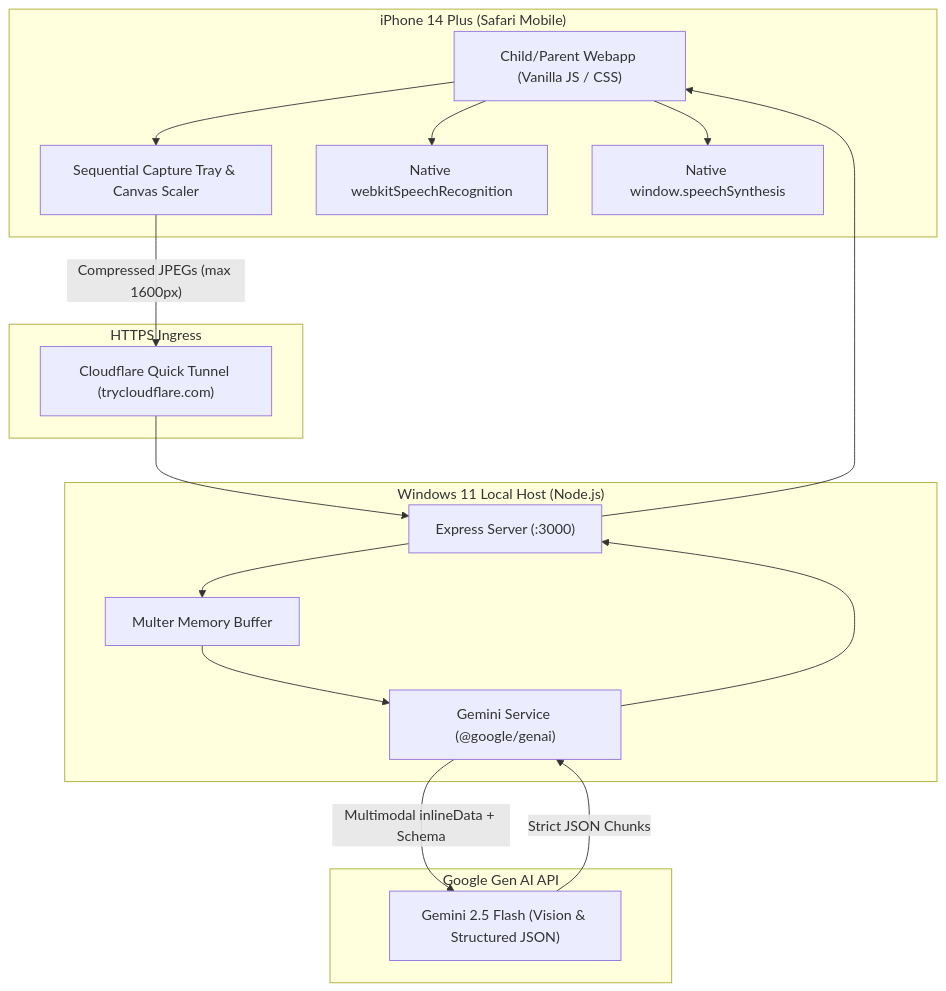
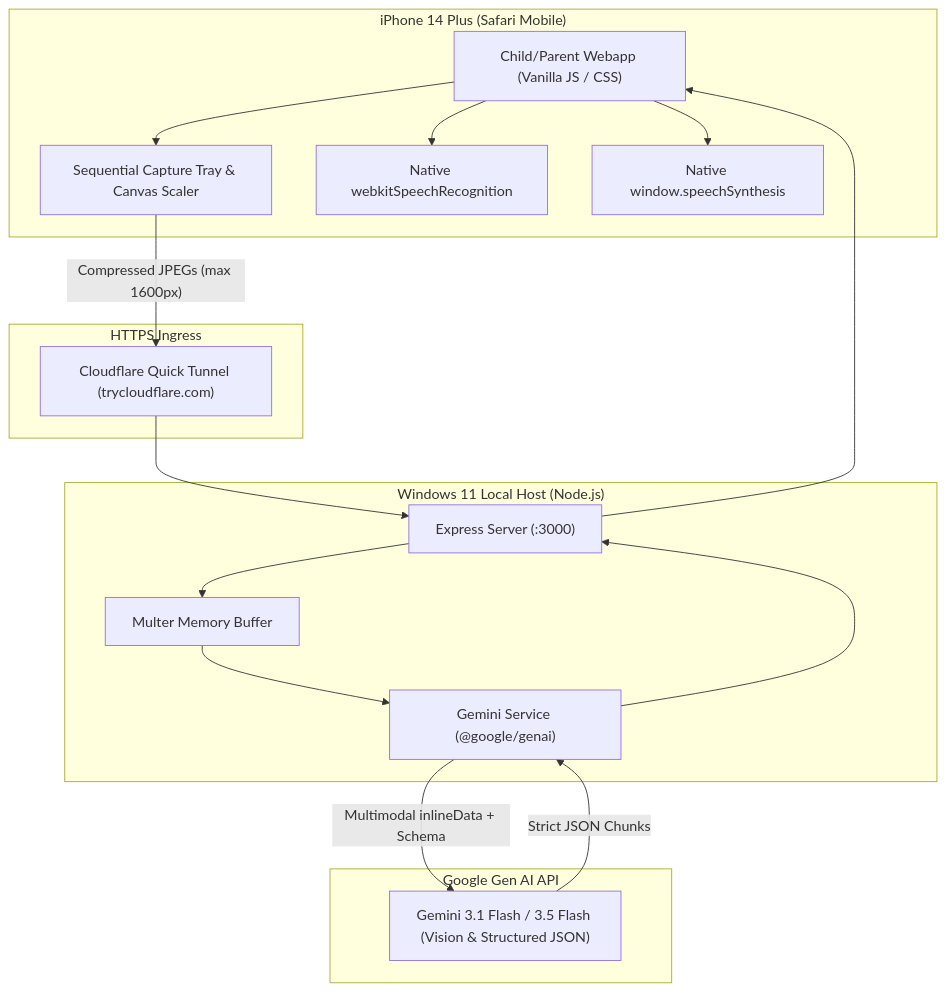
Before and after one commit to kentch2013/StoryReader: the first of 2 diagrams in architecture.md, drawn with Mermaid. The commit also changed other lines of this file and 1 other file, not shown here.

Commit message:
docs: configure Gemini 3.1 Flash / 3.5 Flash model targets

````diff
--- a/architecture.md
+++ b/architecture.md
@@ -12,35 +12,35 @@
 ```mermaid
 graph TD
     subgraph Client ["iPhone 14 Plus (Safari Mobile)"]
         UI["Child/Parent Webapp (Vanilla JS / CSS)"]
         CAM["Sequential Capture Tray & Canvas Scaler"]
         STT["Native webkitSpeechRecognition"]
         TTS["Native window.speechSynthesis"]
     end
 
     subgraph Tunnel ["HTTPS Ingress"]
         CFT["Cloudflare Quick Tunnel (trycloudflare.com)"]
     end
 
     subgraph Host ["Windows 11 Local Host (Node.js)"]
         EXPRESS["Express Server (:3000)"]
         MULTER["Multer Memory Buffer"]
         GEMINI_SVC["Gemini Service (@google/genai)"]
     end
 
     subgraph Cloud ["Google Gen AI API"]
-        GEMINI["Gemini 2.5 Flash (Vision & Structured JSON)"]
+        GEMINI["Gemini 3.1 Flash / 3.5 Flash (Vision & Structured JSON)"]
     end
 
     UI --> CAM
     CAM -- "Compressed JPEGs (max 1600px)" --> CFT
     CFT --> EXPRESS
     EXPRESS --> MULTER
     MULTER --> GEMINI_SVC
     GEMINI_SVC -- "Multimodal inlineData + Schema" --> GEMINI
     GEMINI -- "Strict JSON Chunks" --> GEMINI_SVC
     GEMINI_SVC --> EXPRESS
     EXPRESS --> UI
     UI --> TTS
     UI --> STT
 ```
````
